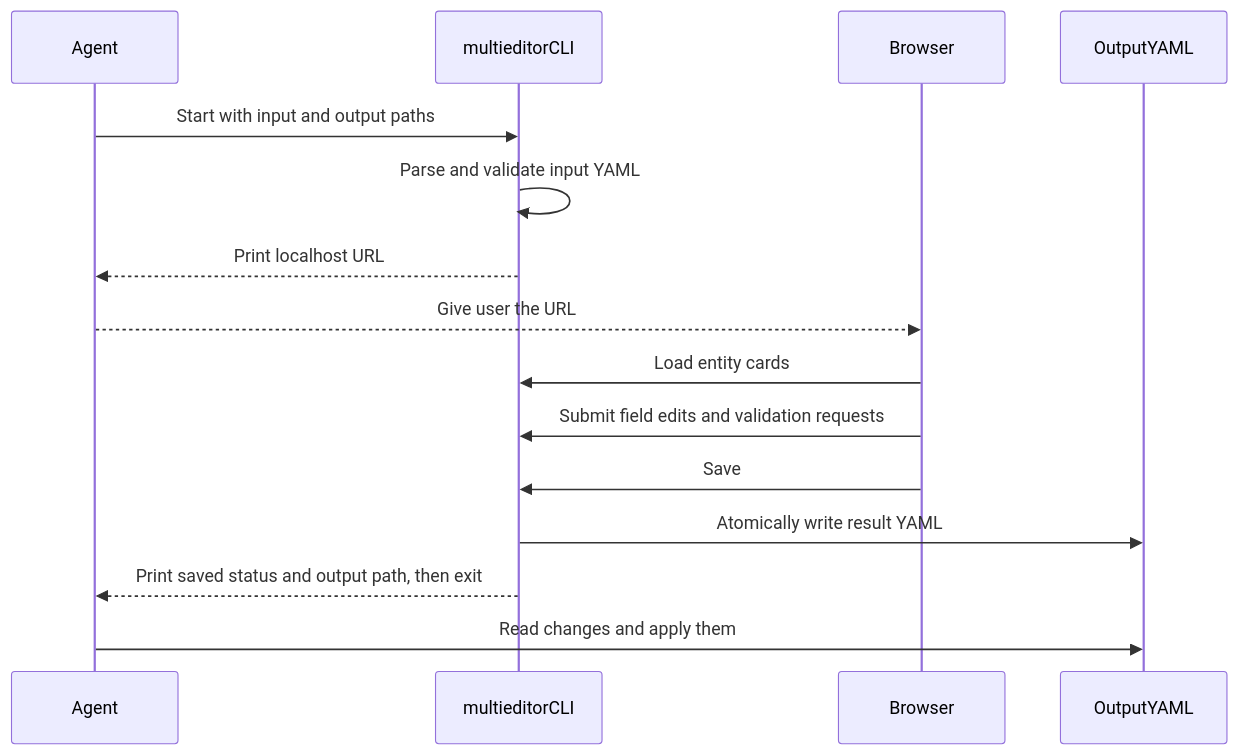
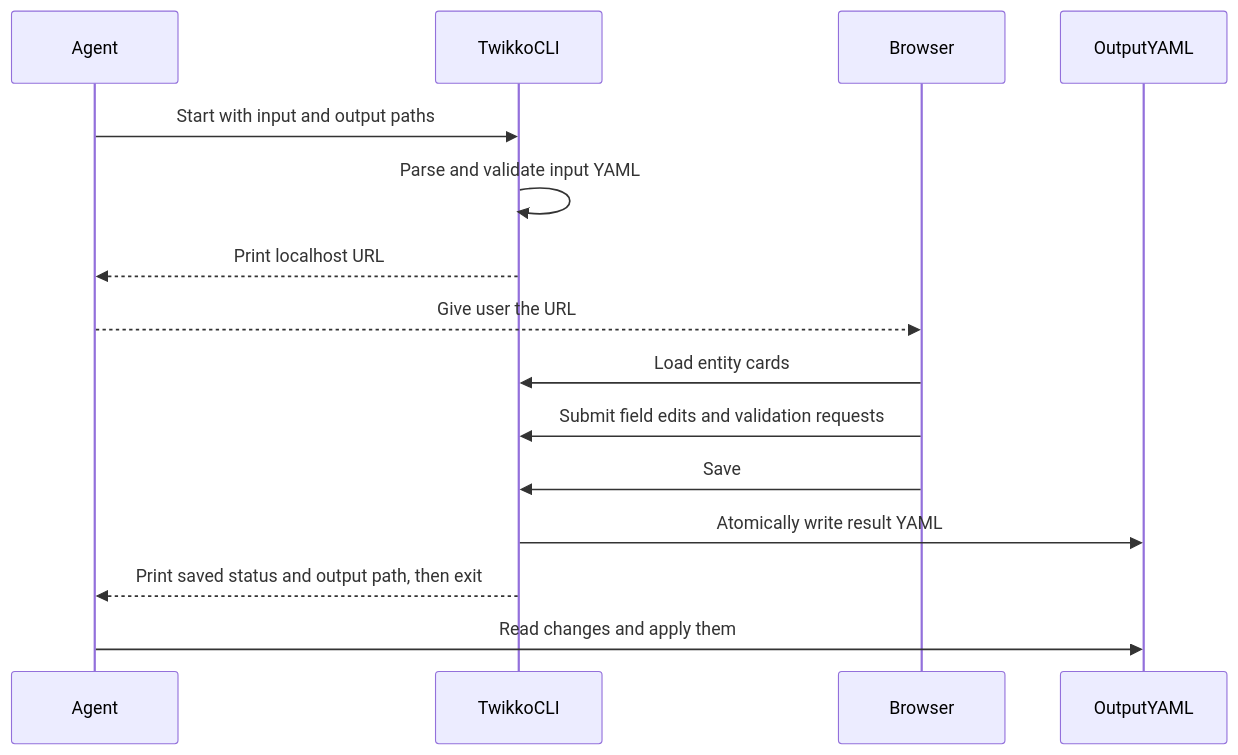
Before and after one commit to bettertomorrow-dev/twikko: the first of 2 diagrams in docs/PRD.md, drawn with Mermaid. The commit also changed other lines of this file and 28 other files, not shown here.

Commit message:
Rename the app and CLI to Twikko (#6)

````diff
--- a/docs/PRD.md
+++ b/docs/PRD.md
@@ -53,18 +53,18 @@
 ```mermaid
 sequenceDiagram
     participant Agent
-    participant CLI as multieditorCLI
+    participant CLI as TwikkoCLI
     participant Browser
     participant Output as OutputYAML
 
     Agent->>CLI: Start with input and output paths
     CLI->>CLI: Parse and validate input YAML
     CLI-->>Agent: Print localhost URL
     Agent-->>Browser: Give user the URL
     Browser->>CLI: Load entity cards
     Browser->>CLI: Submit field edits and validation requests
     Browser->>CLI: Save
     CLI->>Output: Atomically write result YAML
     CLI-->>Agent: Print saved status and output path, then exit
     Agent->>Output: Read changes and apply them
 ```
````
